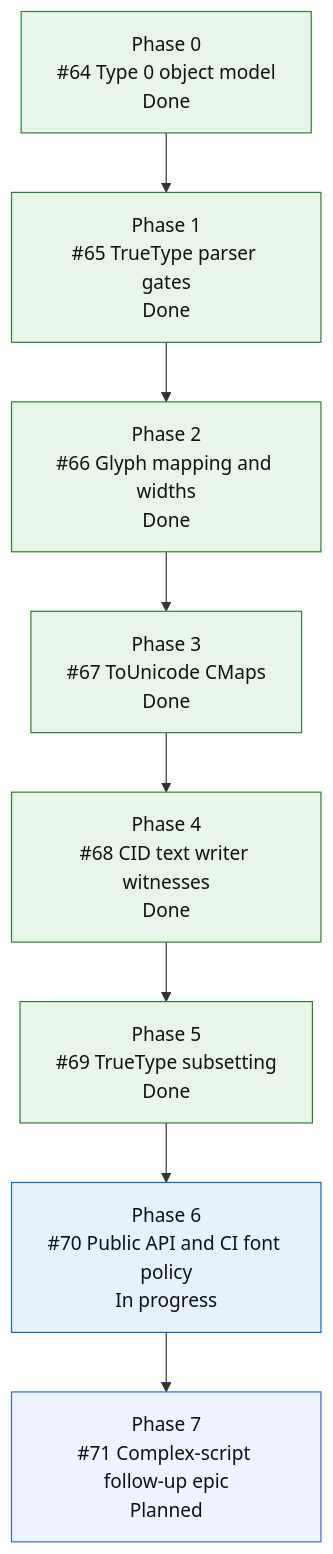
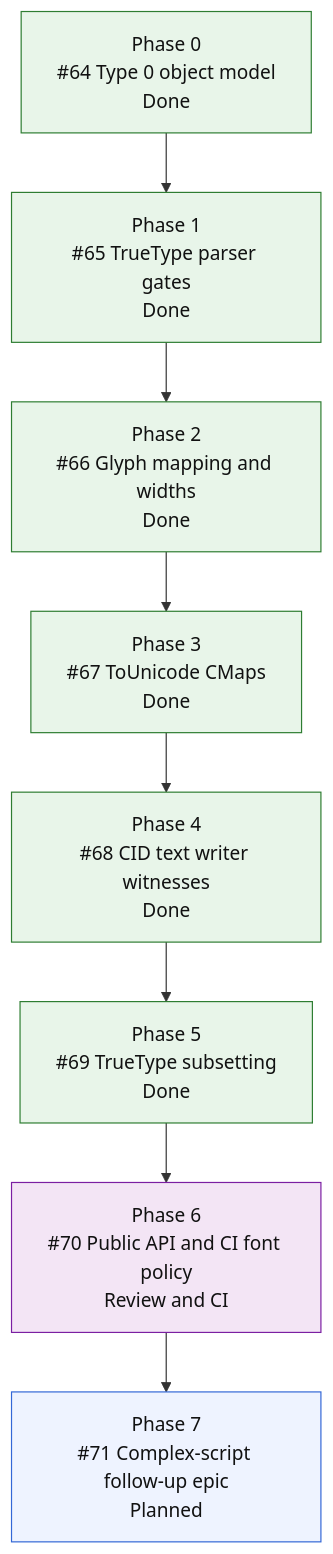
One commit to mihaelamj/MarkdownPDF changed the third of 3 diagrams in README.md. Above: the diagram before and after it, drawn with Mermaid.

Commit message:
docs(roadmap): mark embedded font api in review

````diff
--- a/README.md
+++ b/README.md
@@ -271,22 +271,22 @@
 ```mermaid
 flowchart TD
     E0["Phase 0<br/>#64 Type 0 object model<br/>Done"]
     E1["Phase 1<br/>#65 TrueType parser gates<br/>Done"]
     E2["Phase 2<br/>#66 Glyph mapping and widths<br/>Done"]
     E3["Phase 3<br/>#67 ToUnicode CMaps<br/>Done"]
     E4["Phase 4<br/>#68 CID text writer witnesses<br/>Done"]
     E5["Phase 5<br/>#69 TrueType subsetting<br/>Done"]
-    E6["Phase 6<br/>#70 Public API and CI font policy<br/>In progress"]
+    E6["Phase 6<br/>#70 Public API and CI font policy<br/>Review and CI"]
     E7["Phase 7<br/>#71 Complex-script follow-up epic<br/>Planned"]
 
     E0 --> E1 --> E2 --> E3 --> E4 --> E5 --> E6 --> E7
 
     classDef done fill:#e8f5e9,stroke:#2e7d32,color:#111;
     classDef active fill:#e3f2fd,stroke:#1565c0,color:#111;
     classDef review fill:#f3e5f5,stroke:#7b1fa2,color:#111;
     classDef next fill:#fff8e1,stroke:#f9a825,color:#111;
     classDef todo fill:#eef3ff,stroke:#3367d6,color:#111;
     class E0,E1,E2,E3,E4,E5 done;
-    class E6 active;
+    class E6 review;
     class E7 todo;
 ```
````
